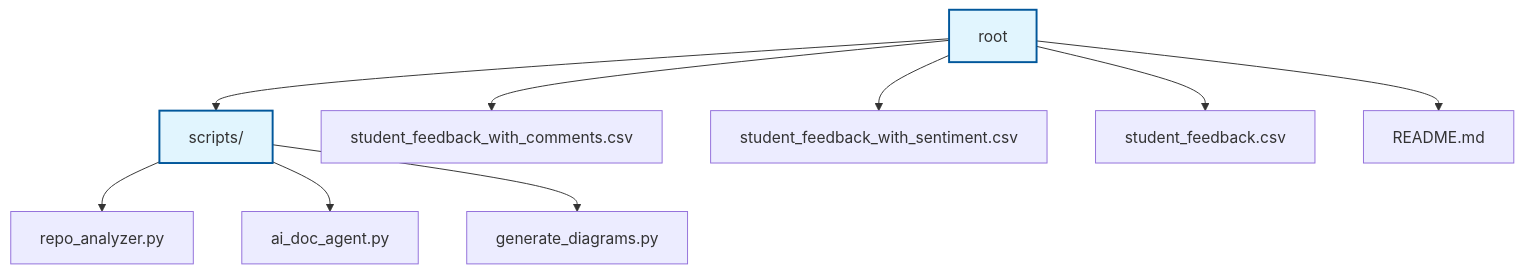
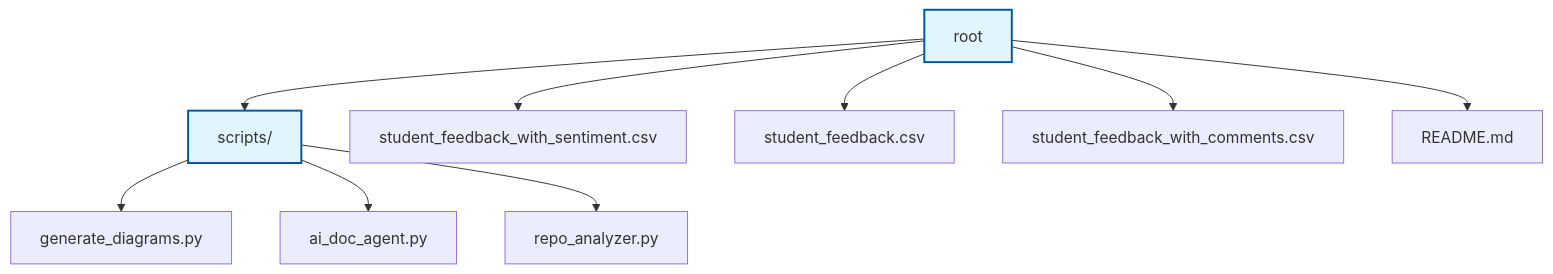
The diagram in README.md (NITISH-R-G/FUTURE_DS_03), drawn with Mermaid before and after one commit. The commit also changed other lines of this file, not shown here.

Commit message:
docs: auto-update repository documentation and diagrams

````diff
--- a/README.md
+++ b/README.md
@@ -47,29 +47,29 @@
 ```mermaid
 graph TD
     node0["root"]:::folder
     node1["scripts/"]:::folder
     node0 --> node1
-    node2["student_feedback_with_comments.csv"]
+    node2["student_feedback_with_sentiment.csv"]
     node0 --> node2
-    node3["student_feedback_with_sentiment.csv"]
+    node3["student_feedback.csv"]
     node0 --> node3
-    node4["student_feedback.csv"]
+    node4["student_feedback_with_comments.csv"]
     node0 --> node4
     node5["README.md"]
     node0 --> node5
-    node6["repo_analyzer.py"]
+    node6["generate_diagrams.py"]
     node1 --> node6
     node7["ai_doc_agent.py"]
     node1 --> node7
-    node8["generate_diagrams.py"]
+    node8["repo_analyzer.py"]
     node1 --> node8
     classDef folder fill:#e1f5fe,stroke:#01579b,stroke-width:2px;
     click node1 "scripts" "View scripts"
-    click node2 "student_feedback_with_comments.csv" "View student_feedback_with_comments.csv"
-    click node3 "student_feedback_with_sentiment.csv" "View student_feedback_with_sentiment.csv"
-    click node4 "student_feedback.csv" "View student_feedback.csv"
+    click node2 "student_feedback_with_sentiment.csv" "View student_feedback_with_sentiment.csv"
+    click node3 "student_feedback.csv" "View student_feedback.csv"
+    click node4 "student_feedback_with_comments.csv" "View student_feedback_with_comments.csv"
     click node5 "README.md" "View README.md"
-    click node6 "scripts/repo_analyzer.py" "View repo_analyzer.py"
+    click node6 "scripts/generate_diagrams.py" "View generate_diagrams.py"
     click node7 "scripts/ai_doc_agent.py" "View ai_doc_agent.py"
-    click node8 "scripts/generate_diagrams.py" "View generate_diagrams.py"
+    click node8 "scripts/repo_analyzer.py" "View repo_analyzer.py"
 ```
````
